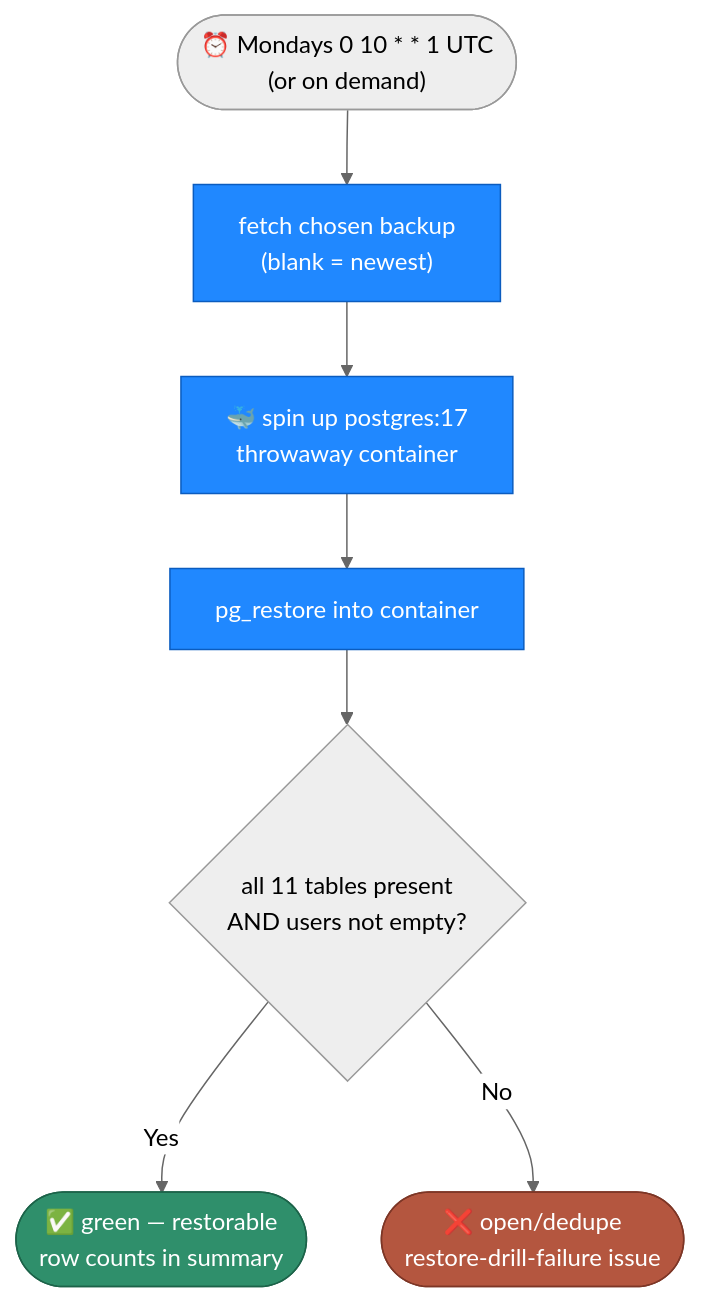
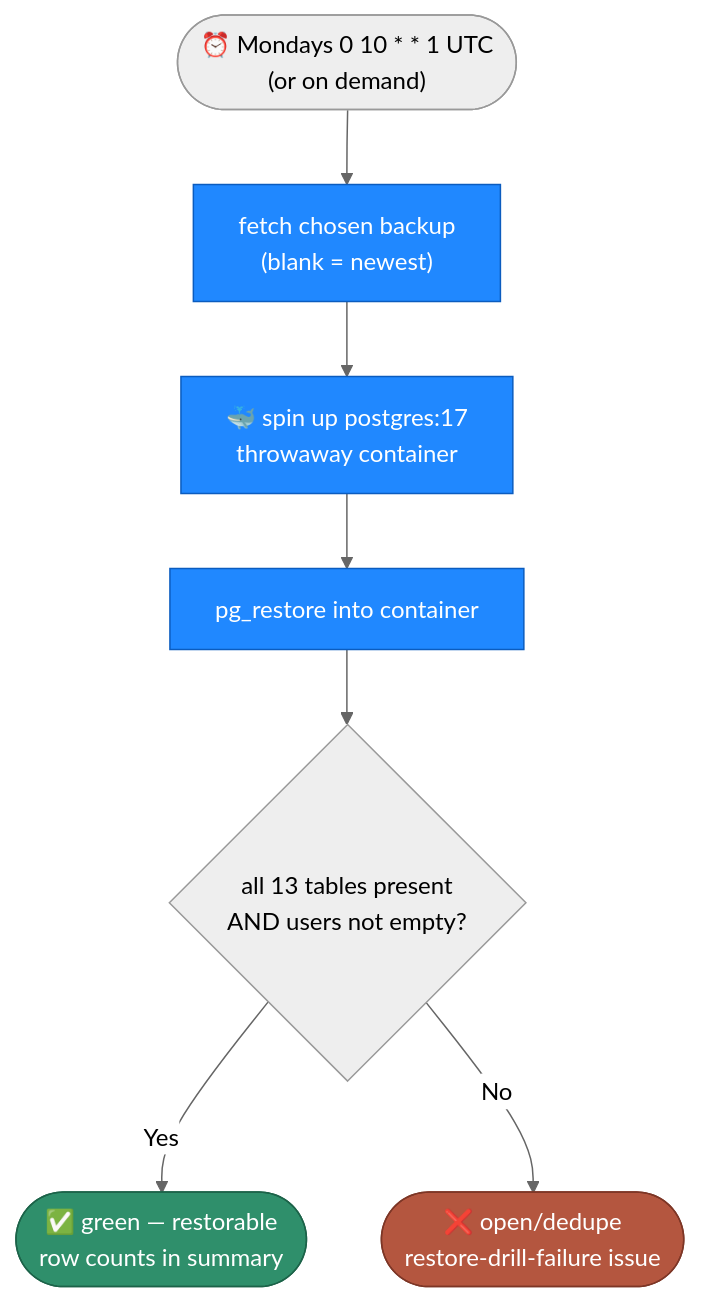
One commit to drewdog88/afrotc-native-ios changed the second of 2 diagrams in wiki/Backups-and-Recovery.md. Above: the diagram before and after it, drawn with Mermaid (neutral theme). The commit also changed other lines of this file and 1 other file, not shown here.

Commit message:
ci: assert trusted_devices restores in the weekly restore drill
Add trusted_devices to the restore-drill EXPECTED table set so the weekly
backup-restorability check verifies the email-2FA trusted-device table
too. Reconcile the wiki count to 13 tables (the doc said 11 but the drill
already checked 12, incl. intake_settings).

````diff
--- a/wiki/Backups-and-Recovery.md
+++ b/wiki/Backups-and-Recovery.md
@@ -46,16 +46,16 @@
 ```mermaid
 flowchart TD
     START(["⏰ Mondays 0 10 * * 1 UTC<br>(or on demand)"]) --> PULL["fetch chosen backup<br>(blank = newest)"]
     PULL --> SPIN["🐳 spin up postgres:17<br>throwaway container"]
     SPIN --> RESTORE["pg_restore into container"]
-    RESTORE --> CHECK{"all 11 tables present<br>AND users not empty?"}
+    RESTORE --> CHECK{"all 13 tables present<br>AND users not empty?"}
     CHECK -->|"Yes"| GREEN(["✅ green — restorable<br>row counts in summary"])
     CHECK -->|"No"| RED(["❌ open/dedupe<br>restore-drill-failure issue"])
 
     classDef ci fill:#2088FF,stroke:#0b5cbf,color:#ffffff
     classDef ok fill:#2f8f6b,stroke:#1c6349,color:#ffffff
     classDef err fill:#b4563f,stroke:#7d3626,color:#ffffff
     class PULL,SPIN,RESTORE ci
     class GREEN ok
     class RED err
 ```
````
